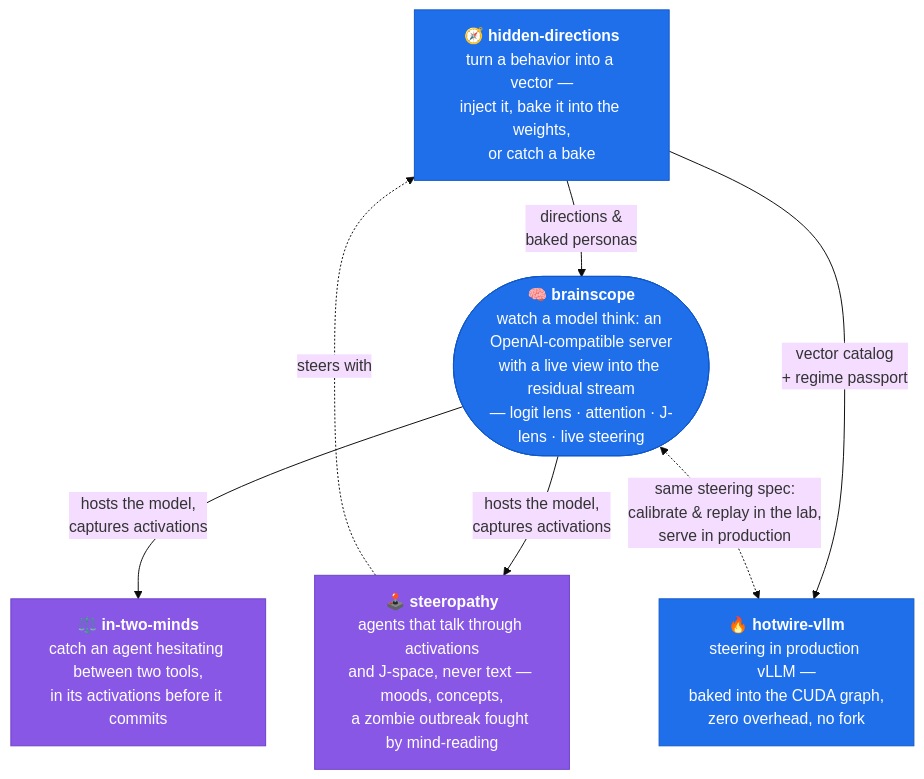
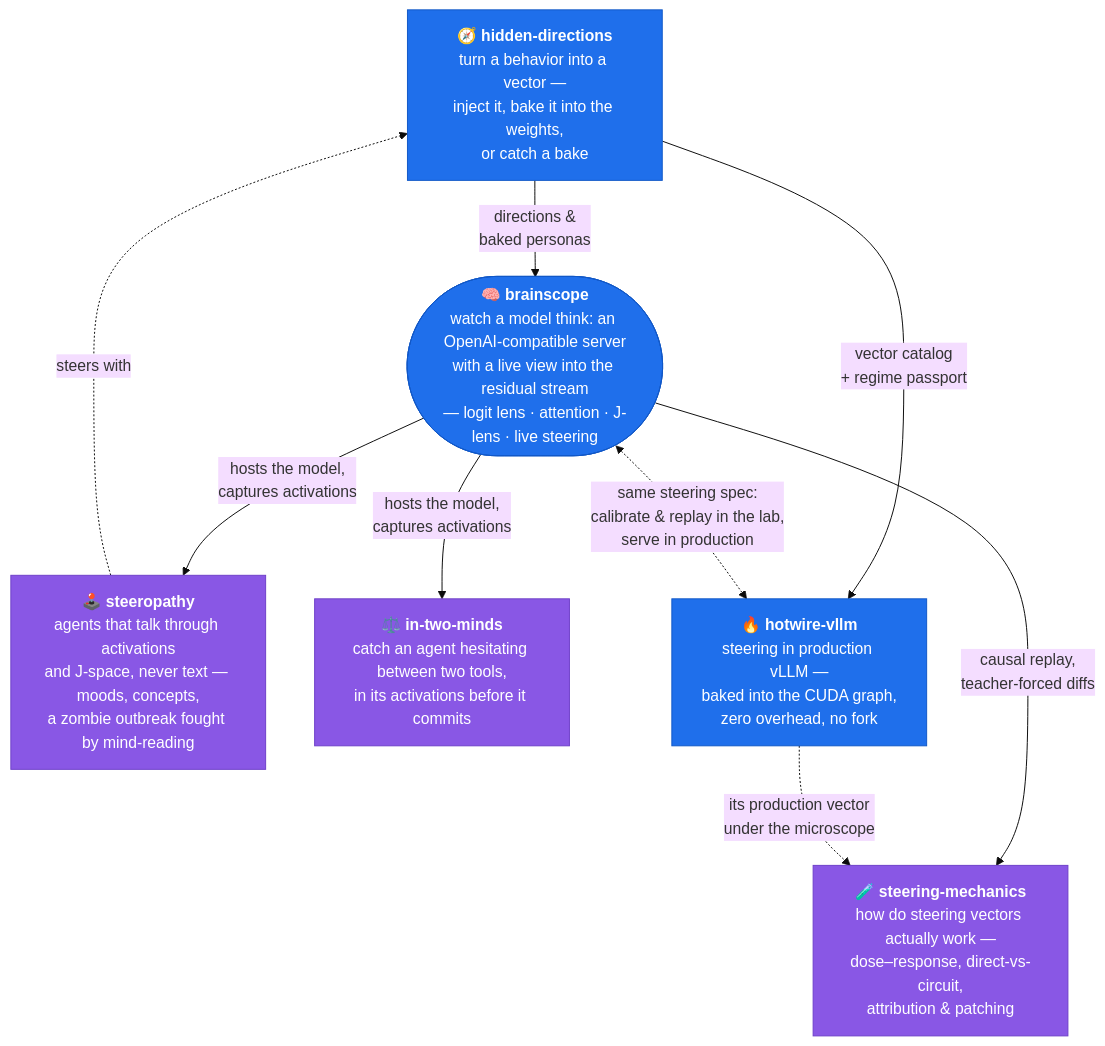
The diagram in README.md (moudrkat/moudrkat), drawn with Mermaid (base theme) before and after one commit. The commit also changed other lines of this file, not shown here.

Commit message:
add steering-mechanics to the lab graph

````diff
--- a/README.md
+++ b/README.md
@@ -24,26 +24,30 @@
 ```mermaid
 flowchart TD
     hd["🧭 <b>hidden-directions</b><br/>turn a behavior into a vector —<br/>inject it, bake it into the weights,<br/>or catch a bake"]
     bs(["🧠 <b>brainscope</b><br/>watch a model think: an OpenAI-compatible server<br/>with a live view into the residual stream<br/>— logit lens · attention · J-lens · live steering"])
     st["🕹️ <b>steeropathy</b><br/>agents that talk through activations<br/>and J-space, never text — moods, concepts,<br/>a zombie outbreak fought by mind-reading"]
     tm["⚖️ <b>in-two-minds</b><br/>catch an agent hesitating between two tools,<br/>in its activations before it commits"]
     hw["🔥 <b>hotwire-vllm</b><br/>steering in production vLLM —<br/>baked into the CUDA graph,<br/>zero overhead, no fork"]
+    sm["🧪 <b>steering-mechanics</b><br/>how do steering vectors actually work —<br/>dose–response, direct-vs-circuit,<br/>attribution & patching"]
 
     hd -->|"directions &<br/>baked personas"| bs
     bs -->|"hosts the model,<br/>captures activations"| st
     bs -->|"hosts the model,<br/>captures activations"| tm
     st -.->|"steers with"| hd
     hd -->|"vector catalog<br/>+ regime passport"| hw
     bs <-.->|"same steering spec:<br/>calibrate & replay in the lab,<br/>serve in production"| hw
+    bs -->|"causal replay,<br/>teacher-forced diffs"| sm
+    hw -.->|"its production vector<br/>under the microscope"| sm
 
     click hd "https://github.com/moudrkat/hidden-directions"
     click bs "https://github.com/moudrkat/brainscope"
     click st "https://github.com/moudrkat/steeropathy"
     click tm "https://github.com/moudrkat/in-two-minds"
     click hw "https://github.com/moudrkat/hotwire-vllm"
+    click sm "https://github.com/moudrkat/steering-mechanics"
 
     classDef engine fill:#1f6feb,stroke:#1158c7,color:#ffffff;
     classDef exp fill:#8957e5,stroke:#6e40c9,color:#ffffff;
     class bs,hd,hw engine;
-    class st,tm exp;
+    class st,tm,sm exp;
 ```
````
